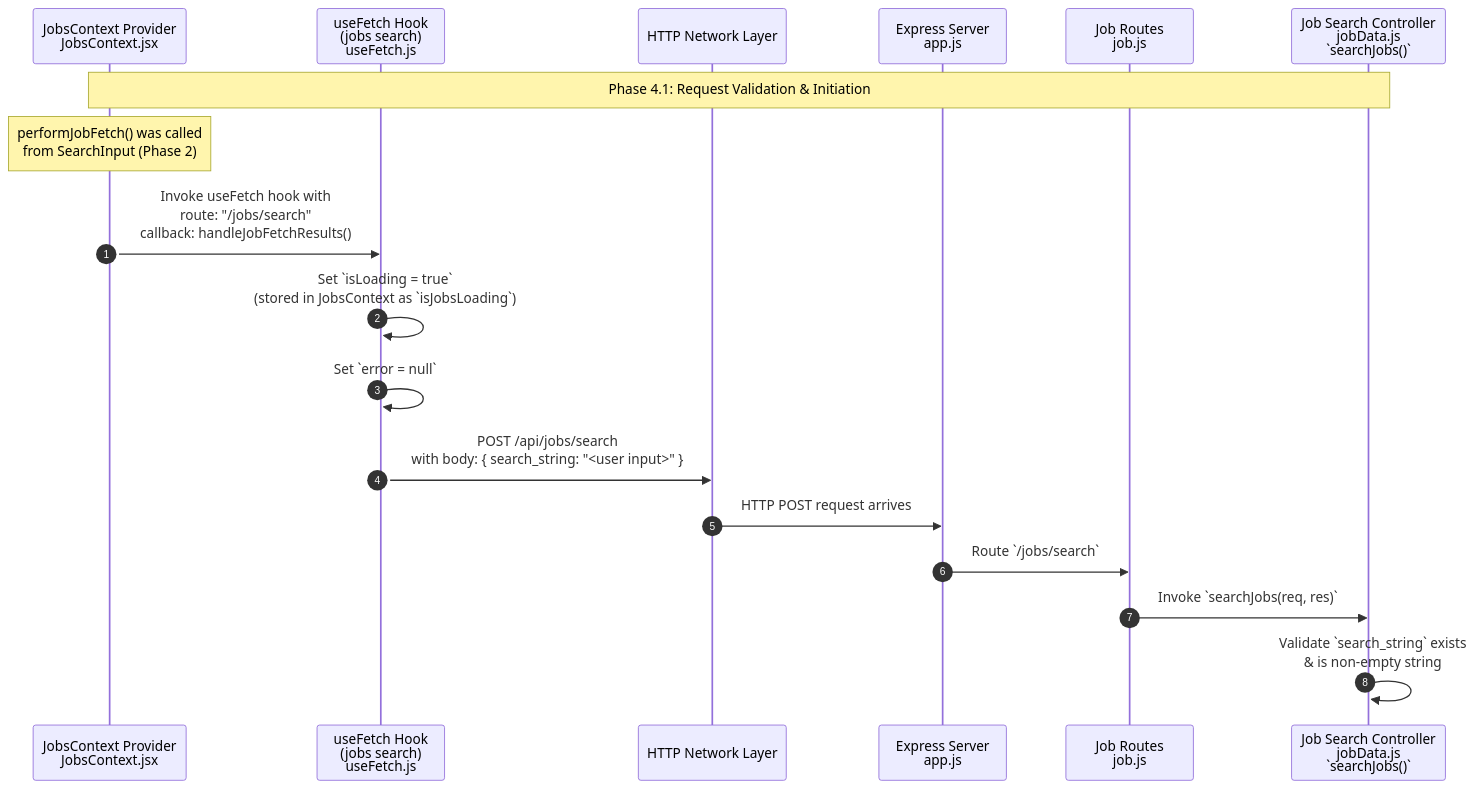
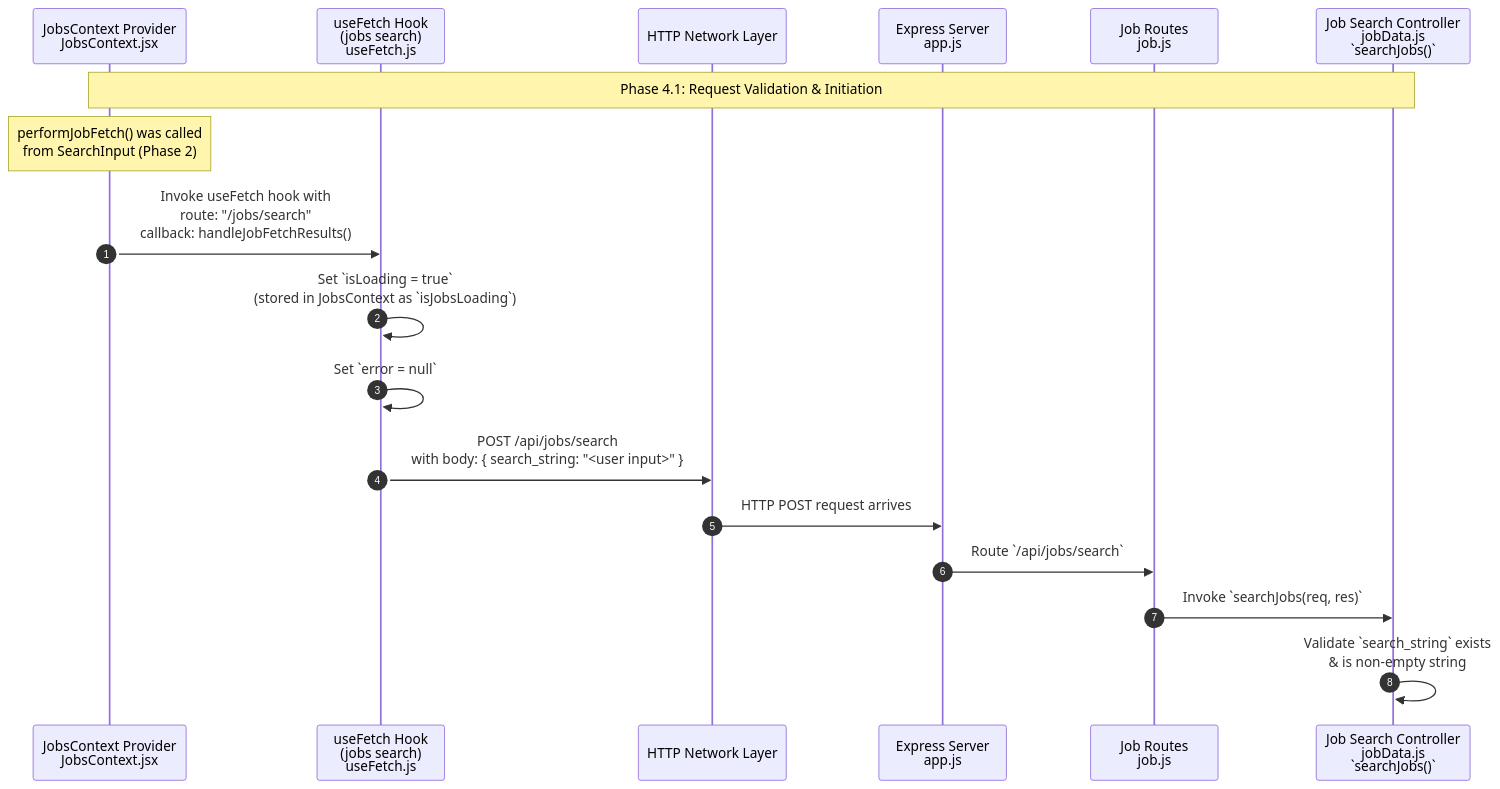
The diagram in documentation/jobFetch/4.1.Request Validation & Initiation.md (YahyaAl-Ademi/2025.10.23-JobCompass), drawn with Mermaid before and after one commit. The commit also changed 10 other files, not shown here.

Commit message:
Update API endpoints in authentication and job fetch documentation to include '/api' prefix for consistency

````diff
--- a/documentation/jobFetch/4.1.Request Validation & Initiation.md
+++ b/documentation/jobFetch/4.1.Request Validation & Initiation.md
@@ -8,34 +8,34 @@
 ```mermaid
 sequenceDiagram
     autonumber
     %% File paths:
     %% JobsContext: client/src/context/JobsContext.jsx
     %% useFetch: client/src/hooks/useFetch.js
     %% ExpressApp: server/src/app.js
     %% JobRouter: server/src/routes/job.js
     %% JobController: server/src/controllers/jobData.js
     participant JobsContext as JobsContext Provider<br/>JobsContext.jsx
     participant useFetch_1 as useFetch Hook<br/>(jobs search)<br/>useFetch.js
     participant FrontendNetwork as HTTP Network Layer
     participant ExpressApp as Express Server<br/>app.js
     participant JobRouter as Job Routes<br/>job.js
     participant JobController as Job Search Controller<br/>jobData.js<br/>`searchJobs()`
 
     Note over JobsContext,JobController: Phase 4.1: Request Validation & Initiation
     Note over JobsContext: performJobFetch() was called<br/>from SearchInput (Phase 2)
     activate JobsContext
     JobsContext->>useFetch_1: Invoke useFetch hook with<br/>route: "/jobs/search"<br/>callback: handleJobFetchResults()
 
     activate useFetch_1
     useFetch_1->>useFetch_1: Set `isLoading = true`<br/>(stored in JobsContext as `isJobsLoading`)
     useFetch_1->>useFetch_1: Set `error = null`
     useFetch_1->>FrontendNetwork: POST /api/jobs/search<br/>with body: { search_string: "<user input>" }
 
     FrontendNetwork->>ExpressApp: HTTP POST request arrives
-    ExpressApp->>JobRouter: Route `/jobs/search`
+    ExpressApp->>JobRouter: Route `/api/jobs/search`
 
     JobRouter->>JobController: Invoke `searchJobs(req, res)`
 
     activate JobController
     JobController->>JobController: Validate `search_string` exists<br/>& is non-empty string
 ```
````
